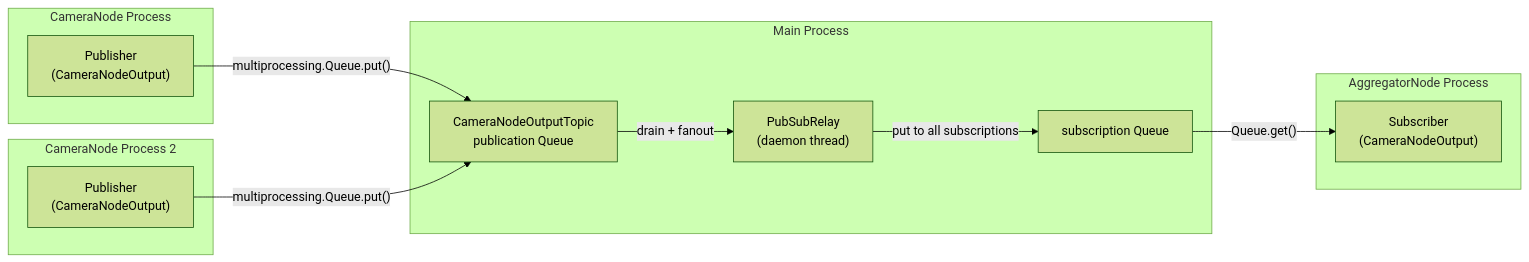
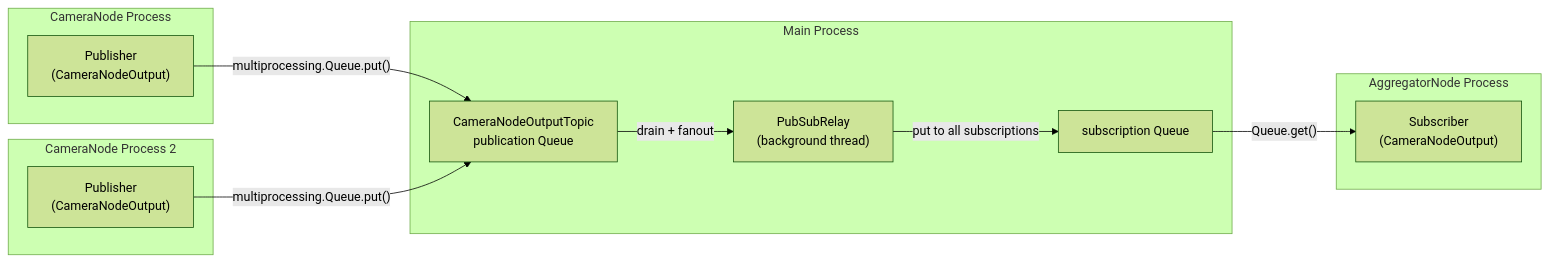
One commit to freemocap/freemocap changed the diagram in freemocap-docs/docs/architecture/backend-pubsub.mdx. Above: the diagram before and after it, drawn with Mermaid (forest theme). The commit also changed other lines of this file and 17 other files, not shown here.

````diff
--- a/freemocap-docs/docs/architecture/backend-pubsub.mdx
+++ b/freemocap-docs/docs/architecture/backend-pubsub.mdx
@@ -20,26 +20,26 @@
 ```mermaid
 graph LR
     subgraph "CameraNode Process"
         CPUB["Publisher<br/>(CameraNodeOutput)"]
     end
 
     subgraph "CameraNode Process 2"
         CPUB2["Publisher<br/>(CameraNodeOutput)"]
     end
 
     subgraph "Main Process"
-        RELAY["PubSubRelay<br/>(daemon thread)"]
+        RELAY["PubSubRelay<br/>(background thread)"]
         TOPIC["CameraNodeOutputTopic<br/>publication Queue"]
         SUB1["subscription Queue"]
     end
 
     subgraph "AggregatorNode Process"
         ASUB["Subscriber<br/>(CameraNodeOutput)"]
     end
 
     CPUB -->|"multiprocessing.Queue.put()"| TOPIC
     CPUB2 -->|"multiprocessing.Queue.put()"| TOPIC
     TOPIC -->|"drain + fanout"| RELAY
     RELAY -->|"put to all subscriptions"| SUB1
     SUB1 -->|"Queue.get()"| ASUB
 ```
````
